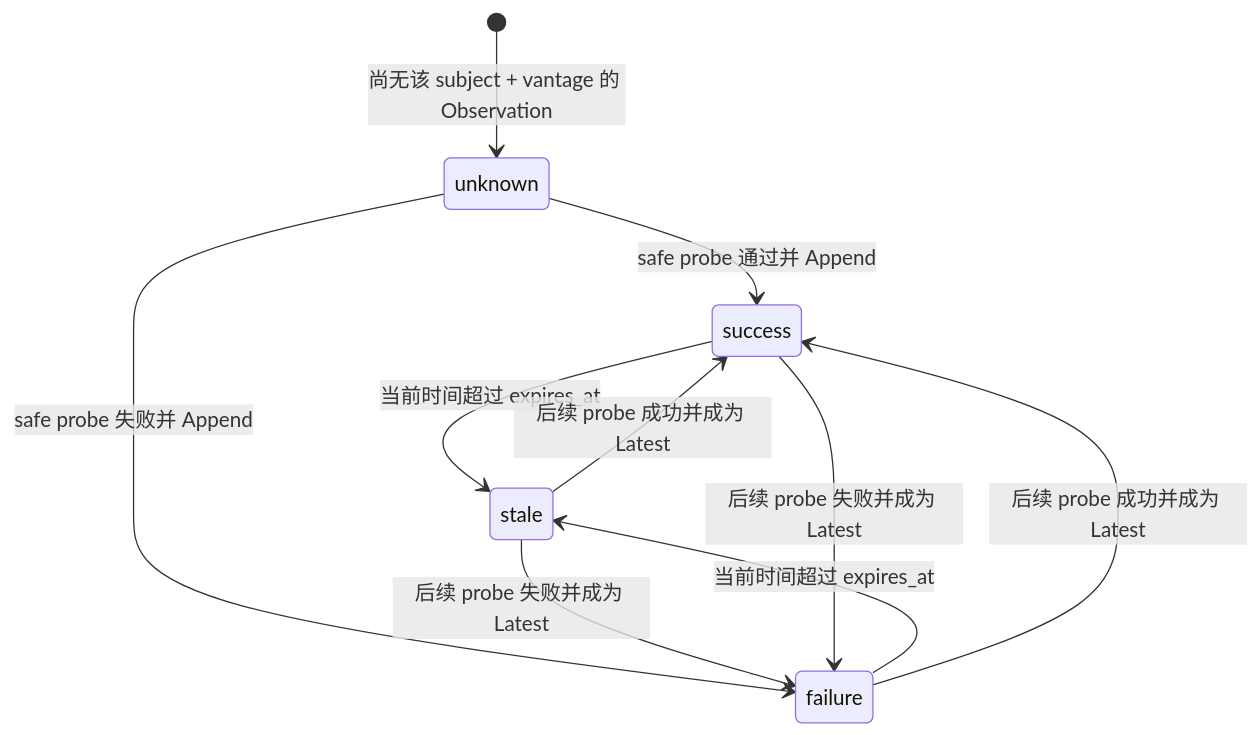
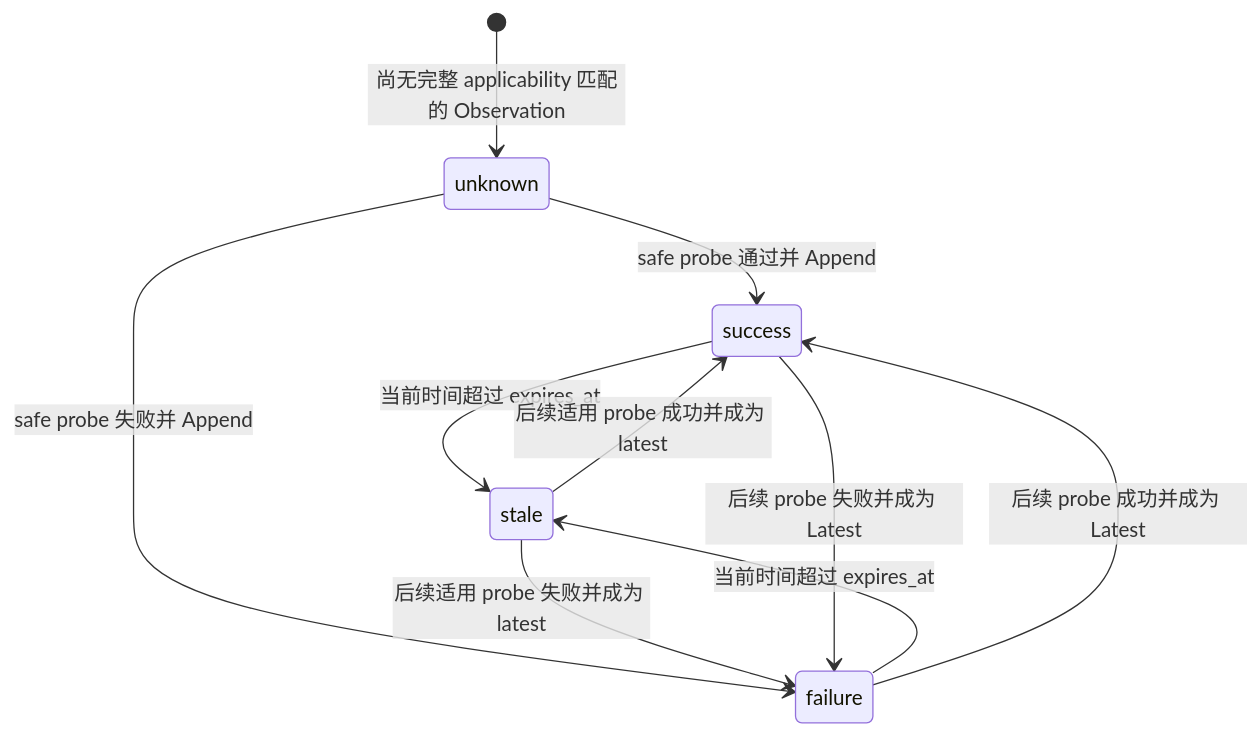
The second of 2 diagrams in documents/current-architecture.md (SWdrift/locus-link), drawn with Mermaid before and after one commit. The commit also changed other lines of this file and 37 other files, not shown here.

Commit message:
feat: 收敛图语义与观测适用性

````diff
--- a/documents/current-architecture.md
+++ b/documents/current-architecture.md
@@ -129,12 +138,12 @@
 ```mermaid
 stateDiagram-v2
-    [*] --> unknown: 尚无该 subject + vantage 的 Observation
+    [*] --> unknown: 尚无完整 applicability 匹配的 Observation
     unknown --> success: safe probe 通过并 Append
     unknown --> failure: safe probe 失败并 Append
     success --> stale: 当前时间超过 expires_at
     failure --> stale: 当前时间超过 expires_at
-    stale --> success: 后续 probe 成功并成为 Latest
-    stale --> failure: 后续 probe 失败并成为 Latest
+    stale --> success: 后续适用 probe 成功并成为 latest
+    stale --> failure: 后续适用 probe 失败并成为 latest
     failure --> success: 后续 probe 成功并成为 Latest
     success --> failure: 后续 probe 失败并成为 Latest
 ```
````
